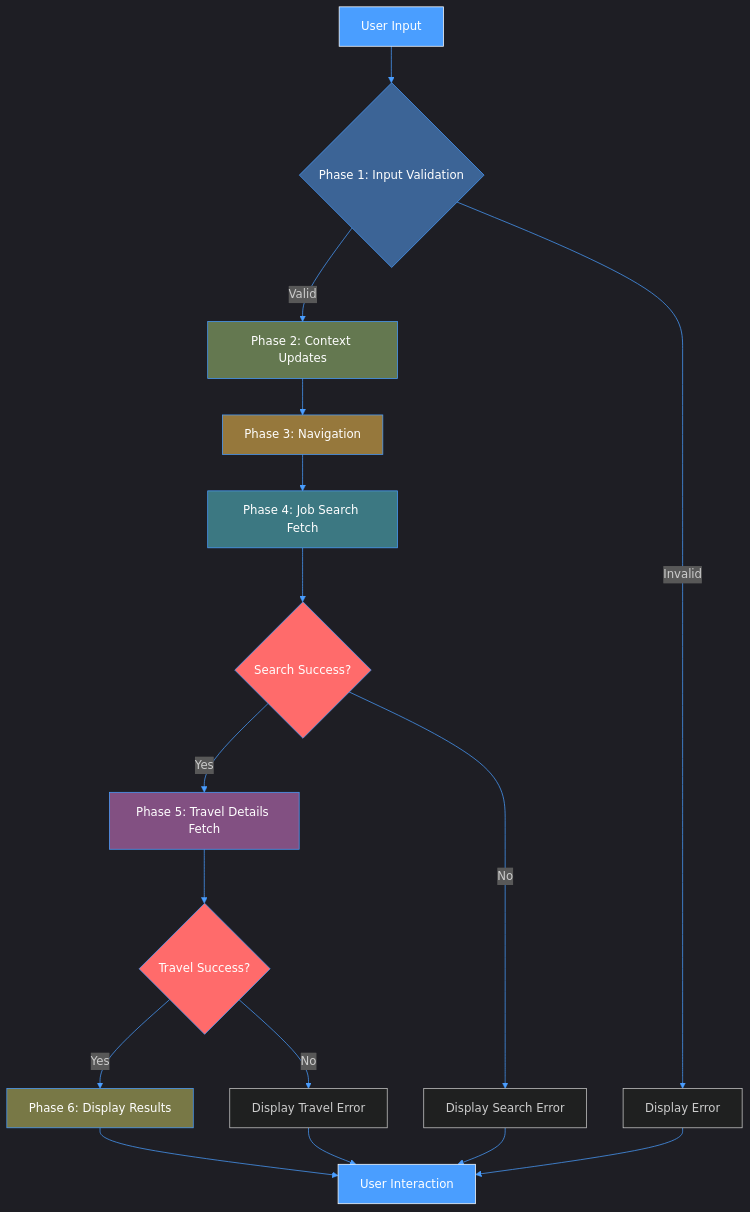
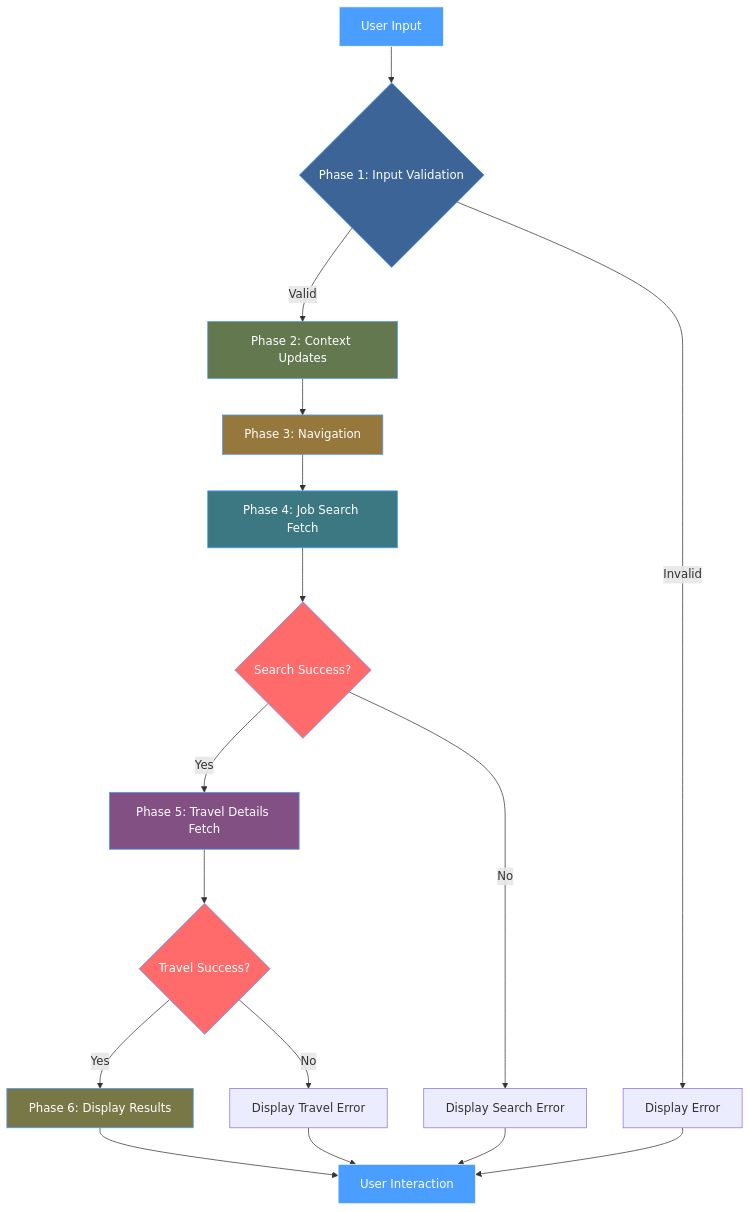
The diagram in documentation/jobFetch/JobFetchPhasesFlowchart.md (YahyaAl-Ademi/2025.10.23-JobCompass), drawn with Mermaid before and after one commit. The commit also changed 6 other files, not shown here.

Commit message:
Remove unnecessary initialization parameters from mermaid diagrams in job fetch documentation for phases 1 to 6 and the flowchart, streamlining the visual representation.

````diff
--- a/documentation/jobFetch/JobFetchPhasesFlowchart.md
+++ b/documentation/jobFetch/JobFetchPhasesFlowchart.md
@@ -1,30 +1,29 @@
 ```mermaid
-%%{init: {'theme': 'dark', 'themeVariables': { 'primaryColor':'#1a1a1a', 'primaryBorderColor':'#4a9eff', 'lineColor':'#4a9eff', 'tertiaryColor':'#2a2a2a', 'tertiaryBorderColor':'#4a9eff', 'tertiaryTextColor':'#ffffff'}}}%%
 flowchart TD
     A[User Input] --> B{Phase 1: Input Validation}
     B -->|Valid| C[Phase 2: Context Updates]
     B -->|Invalid| Z[Display Error]
     C --> D[Phase 3: Navigation]
     D --> E[Phase 4: Job Search Fetch]
     E --> F{Search Success?}
     F -->|Yes| G[Phase 5: Travel Details Fetch]
     F -->|No| H[Display Search Error]
     G --> I{Travel Success?}
     I -->|Yes| J[Phase 6: Display Results]
     I -->|No| K[Display Travel Error]
     J --> L[User Interaction]
     H --> L
     K --> L
     Z --> L
 
     style A fill:#4a9eff,stroke:#fff,color:#fff
     style B fill:#3c6496,stroke:#4a9eff,color:#fff
     style C fill:#647850,stroke:#4a9eff,color:#fff
     style D fill:#96783c,stroke:#4a9eff,color:#fff
     style E fill:#3c7882,stroke:#4a9eff,color:#fff
     style F fill:#ff6b6b,stroke:#4a9eff,color:#fff
     style G fill:#825082,stroke:#4a9eff,color:#fff
     style I fill:#ff6b6b,stroke:#4a9eff,color:#fff
     style J fill:#787846,stroke:#4a9eff,color:#fff
     style L fill:#4a9eff,stroke:#fff,color:#fff
 ```
````
